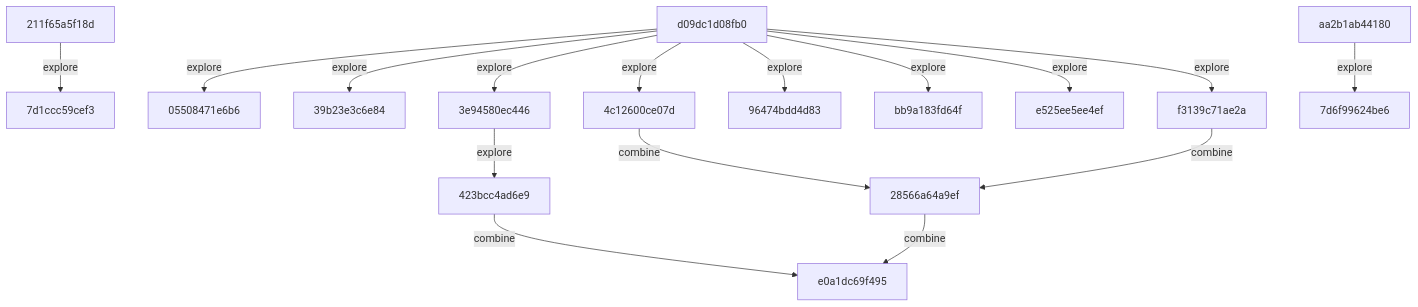
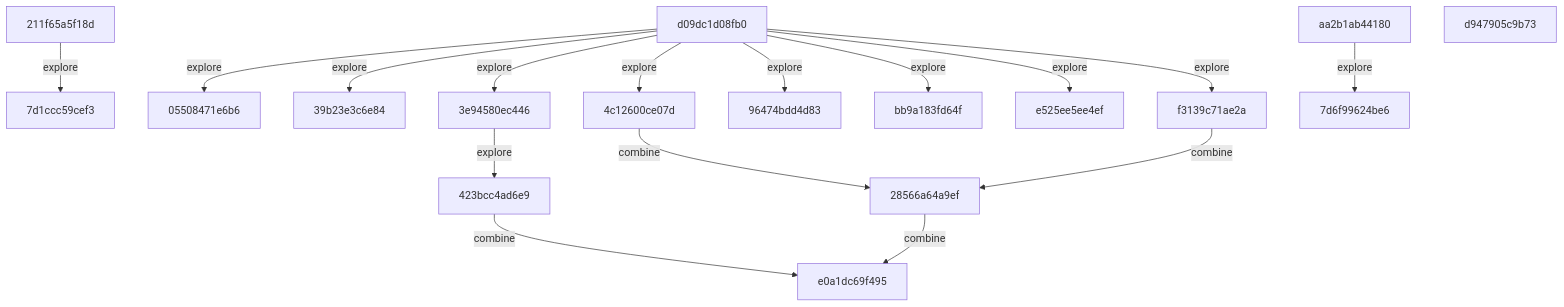
One commit to timbtz/feyer-search-lab changed the diagram in README.md. Above: the diagram before and after it, drawn with Mermaid. The commit also changed other lines of this file and 1 other file, not shown here.

Commit message:
research: timbtz

````diff
--- a/README.md
+++ b/README.md
@@ -23,34 +23,35 @@
 ```mermaid
 graph TD
   c0["05508471e6b6"]
   c1["211f65a5f18d"]
   c2["28566a64a9ef"]
   c3["39b23e3c6e84"]
   c4["3e94580ec446"]
   c5["423bcc4ad6e9"]
   c6["4c12600ce07d"]
   c7["7d1ccc59cef3"]
   c8["7d6f99624be6"]
   c9["96474bdd4d83"]
   c10["aa2b1ab44180"]
   c11["bb9a183fd64f"]
   c12["d09dc1d08fb0"]
-  c13["e0a1dc69f495"]
-  c14["e525ee5ee4ef"]
-  c15["f3139c71ae2a"]
+  c13["d947905c9b73"]
+  c14["e0a1dc69f495"]
+  c15["e525ee5ee4ef"]
+  c16["f3139c71ae2a"]
   c1 -->|explore| c7
-  c2 -->|combine| c13
+  c2 -->|combine| c14
   c4 -->|explore| c5
-  c5 -->|combine| c13
+  c5 -->|combine| c14
   c6 -->|combine| c2
   c10 -->|explore| c8
   c12 -->|explore| c0
   c12 -->|explore| c3
   c12 -->|explore| c4
   c12 -->|explore| c6
   c12 -->|explore| c9
   c12 -->|explore| c11
-  c12 -->|explore| c14
   c12 -->|explore| c15
-  c15 -->|combine| c2
+  c12 -->|explore| c16
+  c16 -->|combine| c2
 ```
````
